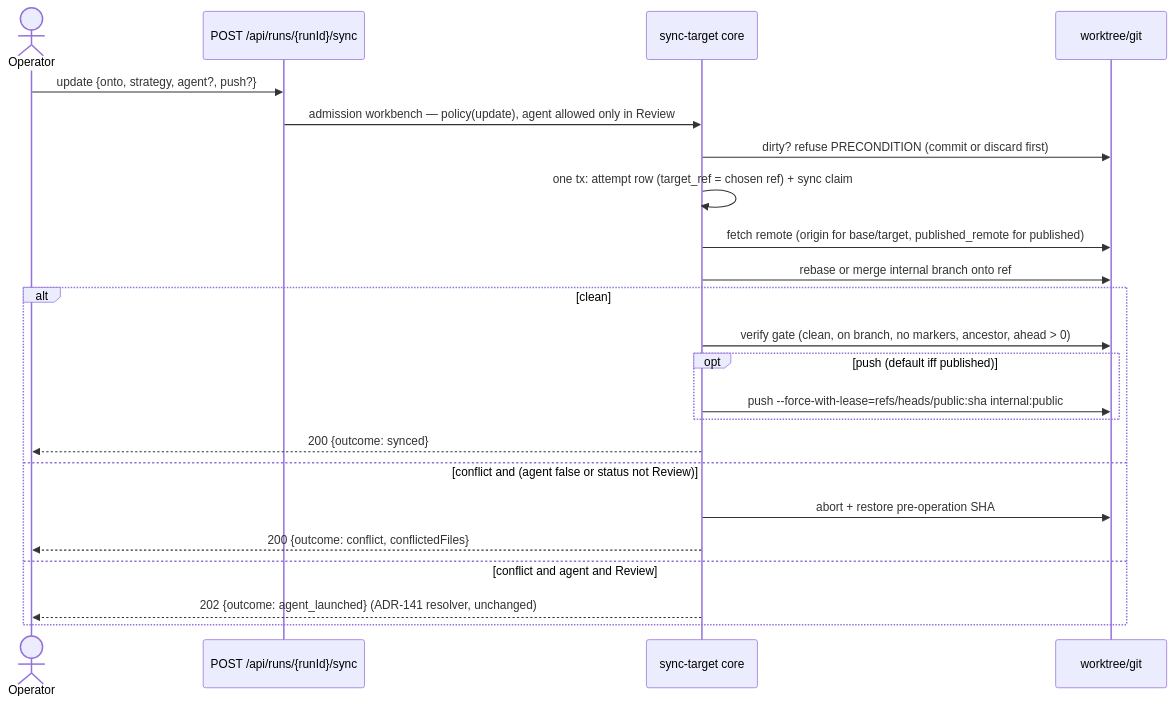
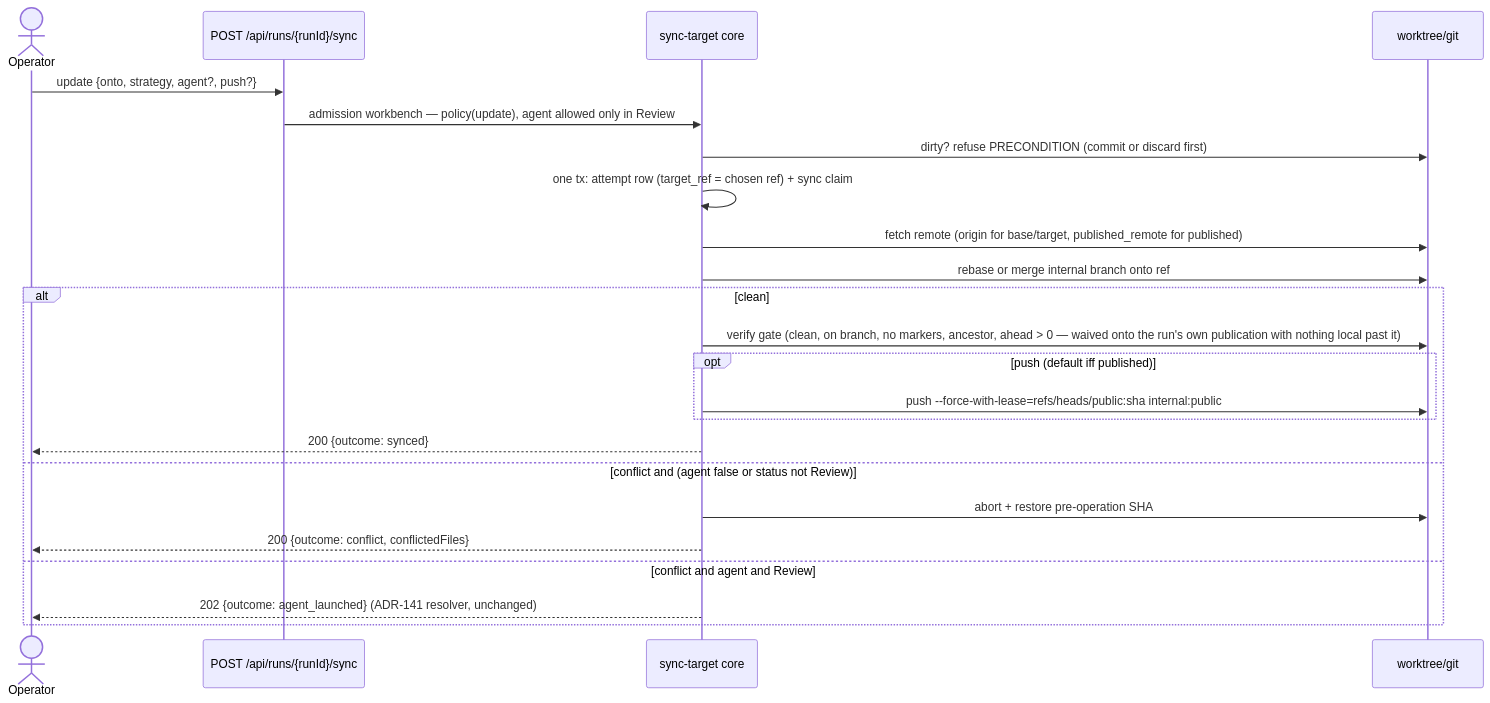
Before and after one commit to maister-dev/maister: the fourth of 6 diagrams in docs/system-analytics/workbench-git.md, drawn with Mermaid. The commit also changed other lines of this file and 35 other files, not shown here.

````diff
--- a/docs/system-analytics/workbench-git.md
+++ b/docs/system-analytics/workbench-git.md
@@ -165,25 +168,25 @@
 ```mermaid
 sequenceDiagram
     actor Op as Operator
     participant Route as POST /api/runs/{runId}/sync
     participant Svc as sync-target core
     participant Git as worktree/git
     Op->>Route: update {onto, strategy, agent?, push?}
     Route->>Svc: admission workbench — policy(update), agent allowed only in Review
     Svc->>Git: dirty? refuse PRECONDITION (commit or discard first)
     Svc->>Svc: one tx: attempt row (target_ref = chosen ref) + sync claim
     Svc->>Git: fetch remote (origin for base/target, published_remote for published)
     Svc->>Git: rebase or merge internal branch onto ref
     alt clean
-        Svc->>Git: verify gate (clean, on branch, no markers, ancestor, ahead > 0)
+        Svc->>Git: verify gate (clean, on branch, no markers, ancestor, ahead > 0 — waived onto the run's own publication with nothing local past it)
         opt push (default iff published)
             Svc->>Git: push --force-with-lease=refs/heads/public:sha internal:public
         end
         Svc-->>Op: 200 {outcome: synced}
     else conflict and (agent false or status not Review)
         Svc->>Git: abort + restore pre-operation SHA
         Svc-->>Op: 200 {outcome: conflict, conflictedFiles}
     else conflict and agent and Review
         Svc-->>Op: 202 {outcome: agent_launched} (ADR-141 resolver, unchanged)
     end
 ```
````
